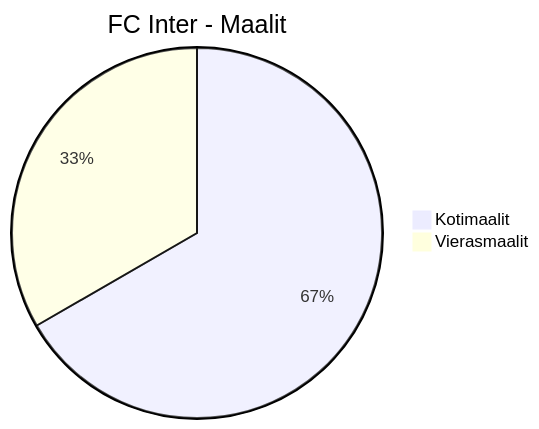
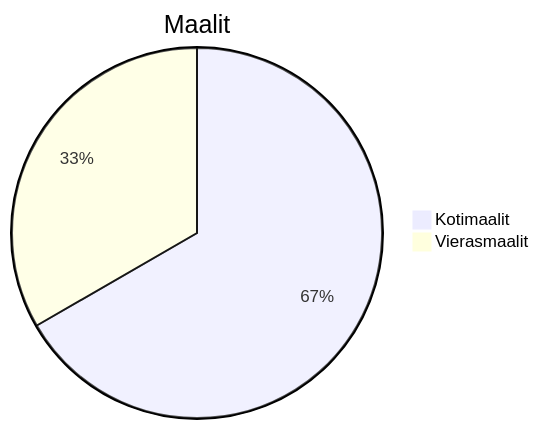
One commit to Linux88888/Veikkausliiga2025 changed the ninth of 27 diagrams in Yleisö2025.md. Above: the diagram before and after it, drawn with Mermaid. The commit also changed other lines of this file, not shown here.

````diff
--- a/Yleisö2025.md
+++ b/Yleisö2025.md
@@ -78,5 +76,5 @@
 ```mermaid
-pie title FC Inter - Maalit
+pie title Maalit
     "Kotimaalit" : 4
     "Vierasmaalit" : 2
 ```
````
